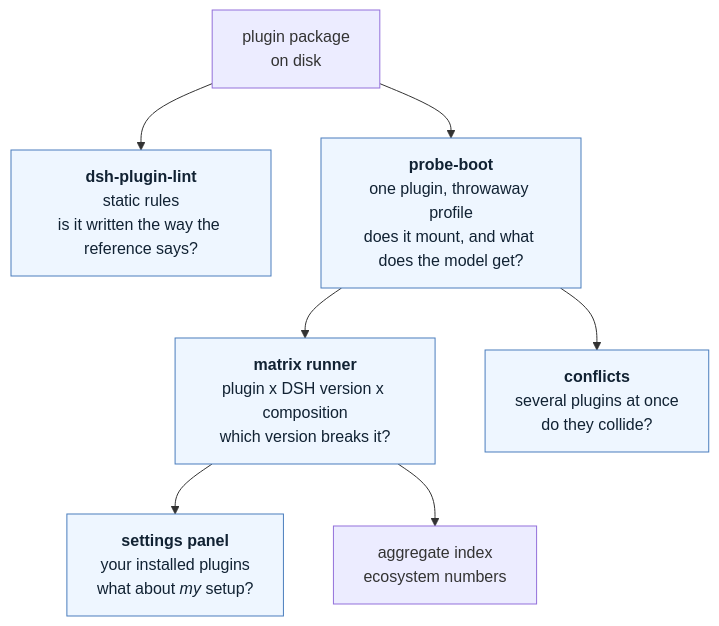
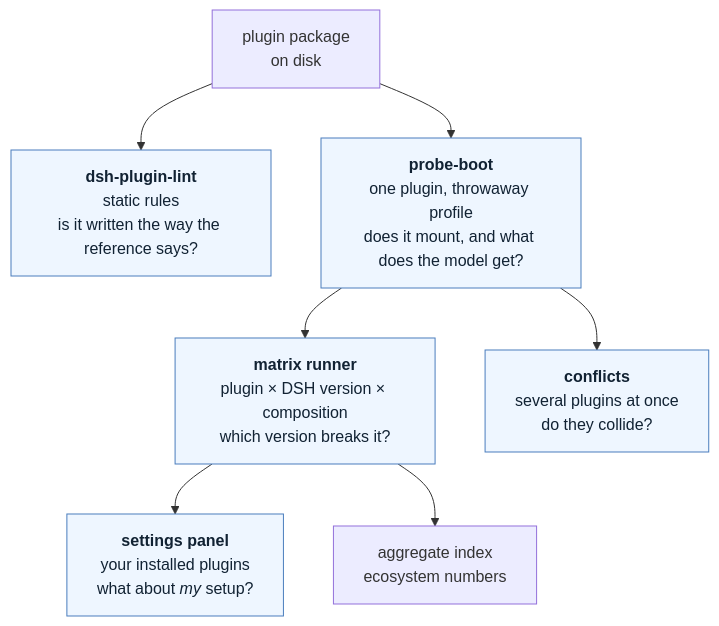
The first of 2 diagrams in README.md (shidesheng0218/dsh-plugin-lint), drawn with Mermaid before and after one commit. The commit also changed other lines of this file and 1 other file, not shown here.

First line of the commit message:
docs: rewrite the README — a hook, a full 中文 section, and one more diagram

````diff
--- a/README.md
+++ b/README.md
@@ -23,16 +36,16 @@
 ```mermaid
 flowchart TB
   pkg["plugin package<br/>on disk"]
 
   pkg --> lint["<b>dsh-plugin-lint</b><br/>static rules<br/>is it written the way the reference says?"]
   pkg --> probe["<b>probe-boot</b><br/>one plugin, throwaway profile<br/>does it mount, and what does the model get?"]
 
-  probe --> matrix["<b>matrix runner</b><br/>plugin x DSH version x composition<br/>which version breaks it?"]
+  probe --> matrix["<b>matrix runner</b><br/>plugin × DSH version × composition<br/>which version breaks it?"]
   probe --> conflicts["<b>conflicts</b><br/>several plugins at once<br/>do they collide?"]
 
   matrix --> panel["<b>settings panel</b><br/>your installed plugins<br/>what about <i>my</i> setup?"]
   matrix --> index["aggregate index<br/>ecosystem numbers"]
 
   classDef tool fill:#eef6ff,stroke:#4a7dbd,color:#123
   class lint,probe,matrix,conflicts,panel tool
 ```
````
